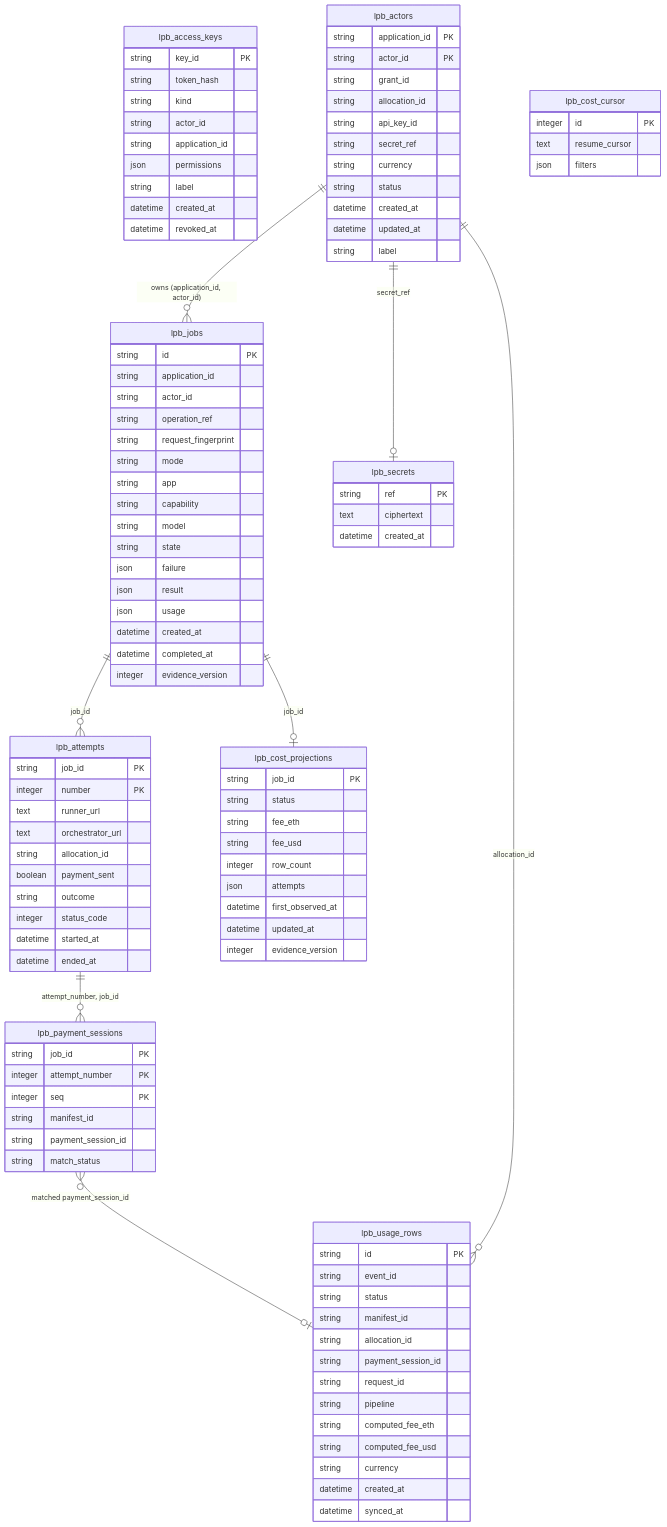
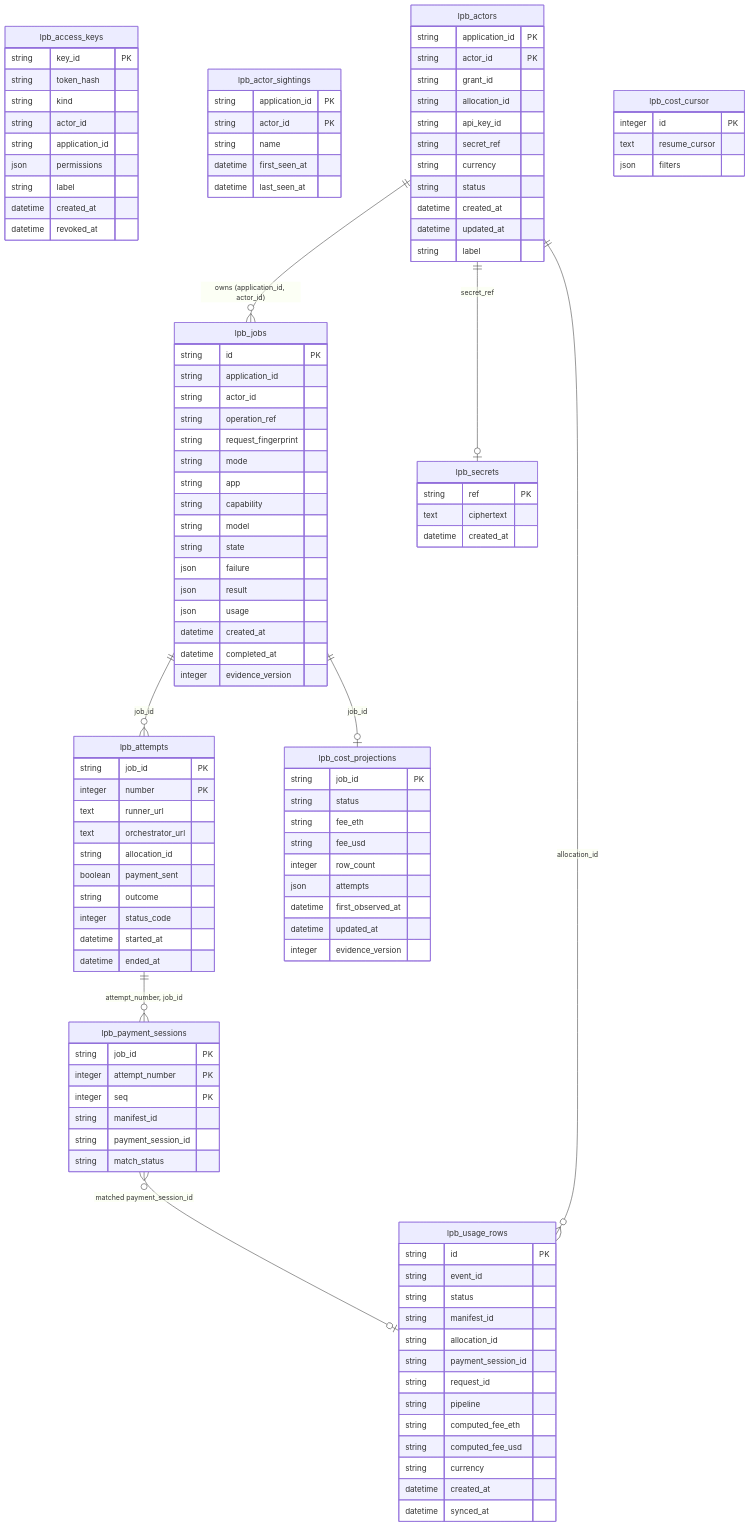
One commit to NE-Build-Track/livepeer-builder-core changed the diagram in docs/generated/db-schema.md. Above: the diagram before and after it, drawn with Mermaid. The commit also changed other lines of this file and 30 other files, not shown here.

```diff
--- a/docs/generated/db-schema.md
+++ b/docs/generated/db-schema.md
@@ -17,6 +17,13 @@
         string label
         datetime created_at
         datetime revoked_at
+    }
+    lpb_actor_sightings {
+        string application_id PK
+        string actor_id PK
+        string name
+        datetime first_seen_at
+        datetime last_seen_at
     }
     lpb_actors {
         string application_id PK
```
